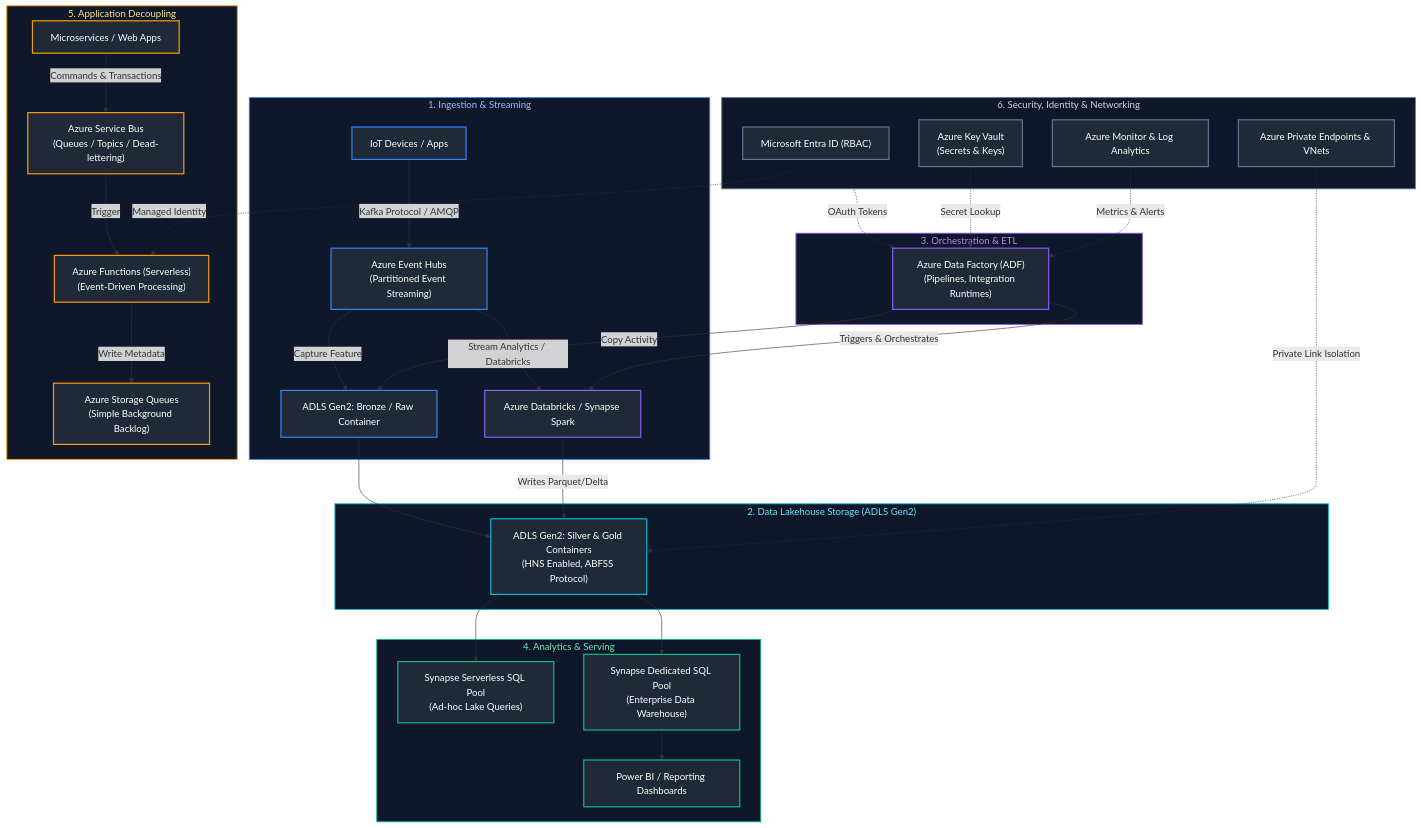
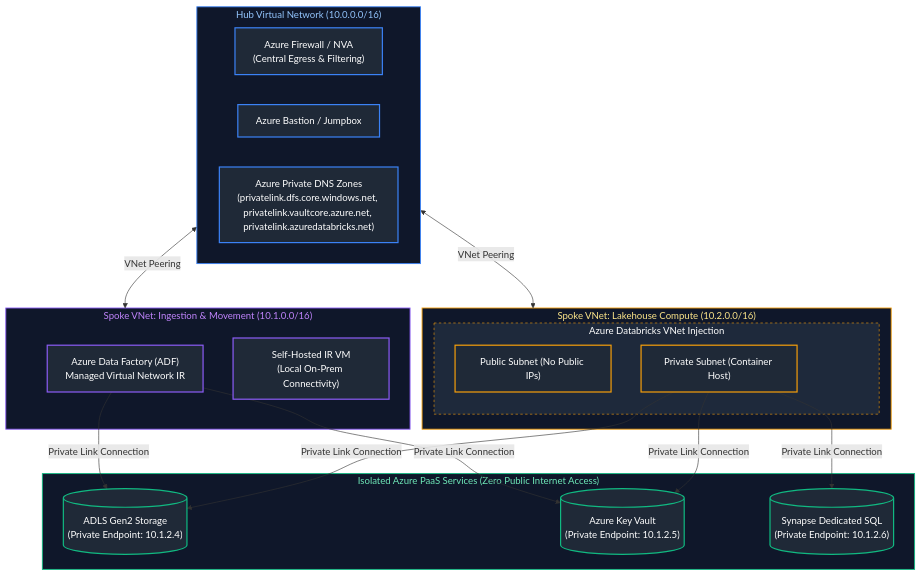
Before and after one commit to joydeep-biswas/Interview-Preparation: the second of 10 diagrams in Data Engineering/13_azure_data_engineering_and_devops.md, drawn with Mermaid. The commit also changed other lines of this file and 143 other files, not shown here.

````diff
--- a/Data Engineering/13_azure_data_engineering_and_devops.md
+++ b/Data Engineering/13_azure_data_engineering_and_devops.md
@@ -113,63 +137,52 @@
 ```mermaid
 flowchart TD
-    subgraph Ingestion_Layer["1. Ingestion & Streaming"]
-        Devices["IoT Devices / Apps"] -->|Kafka Protocol / AMQP| EH["Azure Event Hubs<br/>(Partitioned Event Streaming)"]
-        EH -->|Capture Feature| ADLS_Raw["ADLS Gen2: Bronze / Raw Container"]
-        EH -->|Stream Analytics / Databricks| Spark_Stream["Azure Databricks / Synapse Spark"]
+    subgraph HubNetwork ["Hub Virtual Network (10.0.0.0/16)"]
+        Firewall["Azure Firewall / NVA<br/>(Central Egress & Filtering)"]
+        Bastion["Azure Bastion / Jumpbox"]
+        PrivateDNS["Azure Private DNS Zones<br/>(privatelink.dfs.core.windows.net, privatelink.vaultcore.azure.net, privatelink.azuredatabricks.net)"]
     end
 
-    subgraph Storage_Layer["2. Data Lakehouse Storage (ADLS Gen2)"]
-        ADLS_Raw --> ADLS_Curated["ADLS Gen2: Silver & Gold Containers<br/>(HNS Enabled, ABFSS Protocol)"]
+    subgraph IngestionSpoke ["Spoke VNet: Ingestion & Movement (10.1.0.0/16)"]
+        ADF_IR["Azure Data Factory (ADF)<br/>Managed Virtual Network IR"]
+        SHIR_VM["Self-Hosted IR VM<br/>(Local On-Prem Connectivity)"]
     end
 
-    subgraph Batch_Orchestration["3. Orchestration & ETL"]
-        ADF["Azure Data Factory (ADF)<br/>(Pipelines, Integration Runtimes)"] -->|Triggers & Orchestrates| Spark_Stream
-        ADF -->|Copy Activity| ADLS_Raw
-        Spark_Stream -->|Writes Parquet/Delta| ADLS_Curated
+    subgraph ComputeSpoke ["Spoke VNet: Lakehouse Compute (10.2.0.0/16)"]
+        subgraph DatabricksVNetInjection ["Azure Databricks VNet Injection"]
+            DB_Public["Public Subnet (No Public IPs)"]
+            DB_Private["Private Subnet (Container Host)"]
+        end
     end
 
-    subgraph Serving_Layer["4. Analytics & Serving"]
-        ADLS_Curated --> Synapse_Serverless["Synapse Serverless SQL Pool<br/>(Ad-hoc Lake Queries)"]
-        ADLS_Curated --> Synapse_Dedicated["Synapse Dedicated SQL Pool<br/>(Enterprise Data Warehouse)"]
-        Synapse_Dedicated --> PBI["Power BI / Reporting Dashboards"]
+    subgraph PaaSServices ["Isolated Azure PaaS Services (Zero Public Internet Access)"]
+        ADLS_PaaS[("ADLS Gen2 Storage<br/>(Private Endpoint: 10.1.2.4)")]
+        AKV_PaaS[("Azure Key Vault<br/>(Private Endpoint: 10.1.2.5)")]
+        Synapse_PaaS[("Synapse Dedicated SQL<br/>(Private Endpoint: 10.1.2.6)")]
     end
 
-    subgraph Asynchronous_Messaging["5. Application Decoupling"]
-        App["Microservices / Web Apps"] -->|Commands & Transactions| SB["Azure Service Bus<br/>(Queues / Topics / Dead-lettering)"]
-        SB -->|Trigger| AF["Azure Functions (Serverless)<br/>(Event-Driven Processing)"]
-        AF -->|Write Metadata| SQ["Azure Storage Queues<br/>(Simple Background Backlog)"]
-    end
+    HubNetwork <-->|VNet Peering| IngestionSpoke
+    HubNetwork <-->|VNet Peering| ComputeSpoke
 
-    subgraph Security_Governance["6. Security, Identity & Networking"]
-        Entra["Microsoft Entra ID (RBAC)"] -.->|OAuth Tokens| ADF
-        Entra -.->|Managed Identity| AF
-        AKV["Azure Key Vault<br/>(Secrets & Keys)"] -.->|Secret Lookup| ADF
-        PE["Azure Private Endpoints & VNets"] -.->|Private Link Isolation| ADLS_Curated
-        Mon["Azure Monitor & Log Analytics"] -.->|Metrics & Alerts| ADF
-    end
+    ADF_IR -->|Private Link Connection| ADLS_PaaS
+    ADF_IR -->|Private Link Connection| AKV_PaaS
+    DB_Private -->|Private Link Connection| ADLS_PaaS
+    DB_Private -->|Private Link Connection| AKV_PaaS
+    DB_Private -->|Private Link Connection| Synapse_PaaS
 
-    style Ingestion_Layer fill:#0f172a,stroke:#3b82f6,stroke-width:1.5px,color:#93c5fd
-    style Storage_Layer fill:#0f172a,stroke:#06b6d4,stroke-width:1.5px,color:#67e8f9
-    style Batch_Orchestration fill:#0f172a,stroke:#8b5cf6,stroke-width:1.5px,color:#c084fc
-    style Serving_Layer fill:#0f172a,stroke:#10b981,stroke-width:1.5px,color:#6ee7b7
-    style Asynchronous_Messaging fill:#0f172a,stroke:#f59e0b,stroke-width:1.5px,color:#fde68a
-    style Security_Governance fill:#0f172a,stroke:#64748b,stroke-width:1.5px,color:#cbd5e1
+    style HubNetwork fill:#0f172a,stroke:#3b82f6,stroke-width:1.5px,color:#93c5fd
+    style IngestionSpoke fill:#0f172a,stroke:#8b5cf6,stroke-width:1.5px,color:#c084fc
+    style ComputeSpoke fill:#0f172a,stroke:#f59e0b,stroke-width:1.5px,color:#fde68a
+    style PaaSServices fill:#0f172a,stroke:#10b981,stroke-width:1.5px,color:#6ee7b7
+    style DatabricksVNetInjection fill:#1e293b,stroke:#f59e0b,stroke-width:1px,stroke-dasharray: 4 4,color:#fff
 
-    style Devices fill:#1f2937,stroke:#3b82f6,stroke-width:2px,color:#fff
-    style EH fill:#1f2937,stroke:#3b82f6,stroke-width:2px,color:#fff
-    style ADLS_Raw fill:#1f2937,stroke:#3b82f6,stroke-width:2px,color:#fff
-    style Spark_Stream fill:#1f2937,stroke:#8b5cf6,stroke-width:2px,color:#fff
-    style ADLS_Curated fill:#1f2937,stroke:#06b6d4,stroke-width:2px,color:#fff
-    style ADF fill:#1f2937,stroke:#8b5cf6,stroke-width:2px,color:#fff
-    style Synapse_Serverless fill:#1f2937,stroke:#10b981,stroke-width:2px,color:#fff
-    style Synapse_Dedicated fill:#1f2937,stroke:#10b981,stroke-width:2px,color:#fff
-    style PBI fill:#1f2937,stroke:#10b981,stroke-width:2px,color:#fff
-    style App fill:#1f2937,stroke:#f59e0b,stroke-width:2px,color:#fff
-    style SB fill:#1f2937,stroke:#f59e0b,stroke-width:2px,color:#fff
-    style AF fill:#1f2937,stroke:#f59e0b,stroke-width:2px,color:#fff
-    style SQ fill:#1f2937,stroke:#f59e0b,stroke-width:2px,color:#fff
-    style Entra fill:#1f2937,stroke:#64748b,stroke-width:2px,color:#fff
-    style AKV fill:#1f2937,stroke:#64748b,stroke-width:2px,color:#fff
-    style PE fill:#1f2937,stroke:#64748b,stroke-width:2px,color:#fff
-    style Mon fill:#1f2937,stroke:#64748b,stroke-width:2px,color:#fff
+    style Firewall fill:#1f2937,stroke:#3b82f6,stroke-width:2px,color:#fff
+    style Bastion fill:#1f2937,stroke:#3b82f6,stroke-width:2px,color:#fff
+    style PrivateDNS fill:#1f2937,stroke:#3b82f6,stroke-width:2px,color:#fff
+    style ADF_IR fill:#1f2937,stroke:#8b5cf6,stroke-width:2px,color:#fff
+    style SHIR_VM fill:#1f2937,stroke:#8b5cf6,stroke-width:2px,color:#fff
+    style DB_Public fill:#1f2937,stroke:#f59e0b,stroke-width:2px,color:#fff
+    style DB_Private fill:#1f2937,stroke:#f59e0b,stroke-width:2px,color:#fff
+    style ADLS_PaaS fill:#1f2937,stroke:#10b981,stroke-width:2px,color:#fff
+    style AKV_PaaS fill:#1f2937,stroke:#10b981,stroke-width:2px,color:#fff
+    style Synapse_PaaS fill:#1f2937,stroke:#10b981,stroke-width:2px,color:#fff
 ```
````
